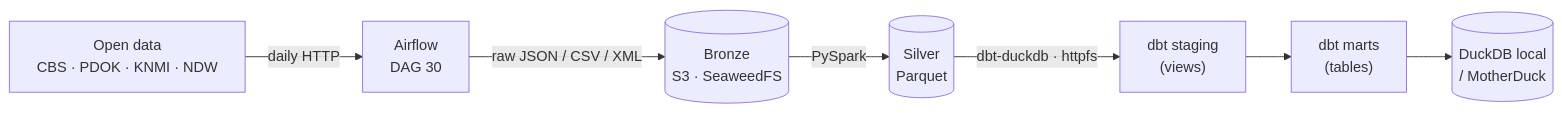
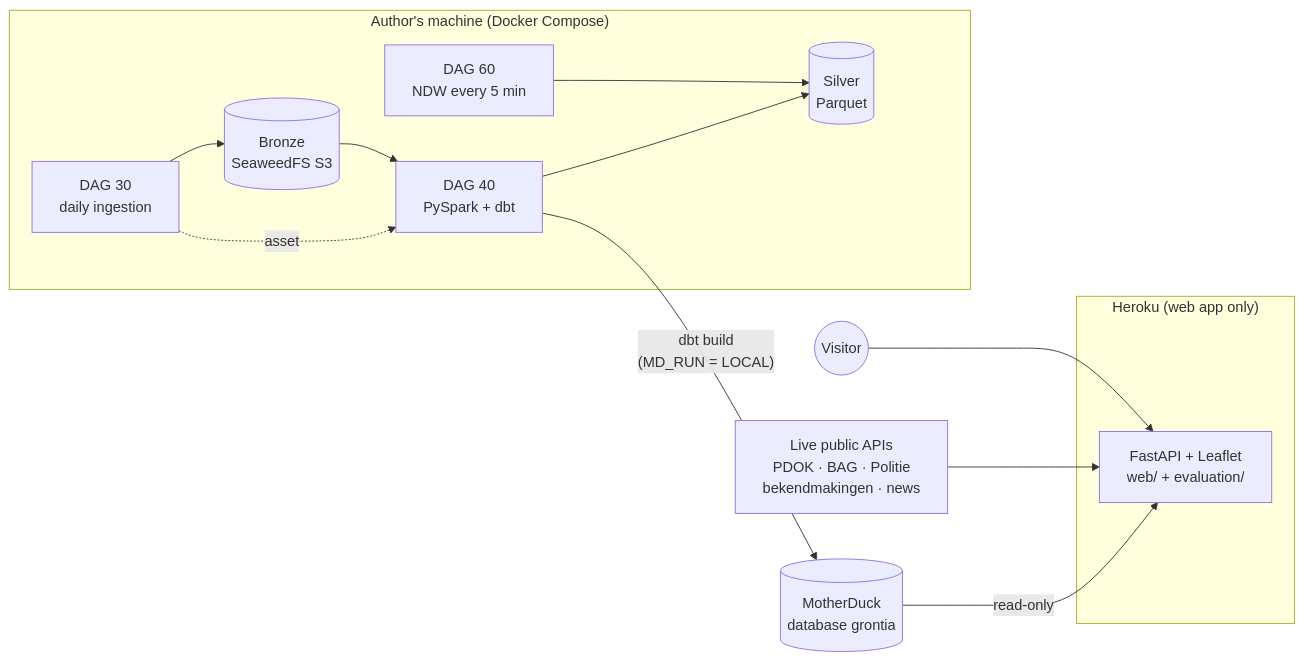
One commit to luk14236/grontia changed the diagram in README.md. Above: the diagram before and after it, drawn with Mermaid. The commit also changed other lines of this file, not shown here.

````diff
--- a/README.md
+++ b/README.md
@@ -42,9 +39,16 @@
 ```mermaid
 flowchart LR
-    SRC["Open data<br/>CBS · PDOK · KNMI · NDW"] -->|daily HTTP| AF["Airflow<br/>DAG 30"]
-    AF -->|raw JSON / CSV / XML| BR[("Bronze<br/>S3 · SeaweedFS")]
-    BR -->|PySpark| SV[("Silver<br/>Parquet")]
-    SV -->|dbt-duckdb · httpfs| STG["dbt staging<br/>(views)"]
-    STG --> MARTS["dbt marts<br/>(tables)"]
-    MARTS --> DW[("DuckDB local<br/>/ MotherDuck")]
+  subgraph LOCAL["Author's machine (Docker Compose)"]
+    D30["DAG 30<br/>daily ingestion"] --> BR[("Bronze<br/>SeaweedFS S3")]
+    D30 -. asset .-> D40["DAG 40<br/>PySpark + dbt"]
+    BR --> D40 --> SV[("Silver<br/>Parquet")]
+    D60["DAG 60<br/>NDW every 5 min"] --> SV
+  end
+  D40 -->|"dbt build<br/>(MD_RUN = LOCAL)"| MD[("MotherDuck<br/>database grontia")]
+  subgraph HEROKU["Heroku (web app only)"]
+    WEB["FastAPI + Leaflet<br/>web/ + evaluation/"]
+  end
+  MD -->|read-only| WEB
+  PUB["Live public APIs<br/>PDOK · BAG · Politie<br/>bekendmakingen · news"] --> WEB
+  USER(("Visitor")) --> WEB
 ```
````
